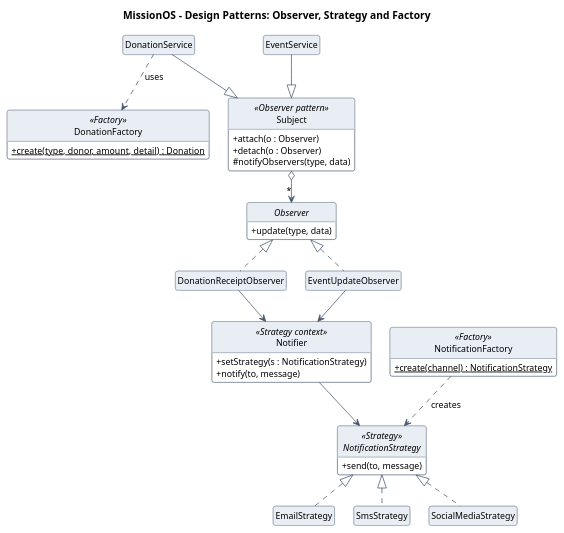
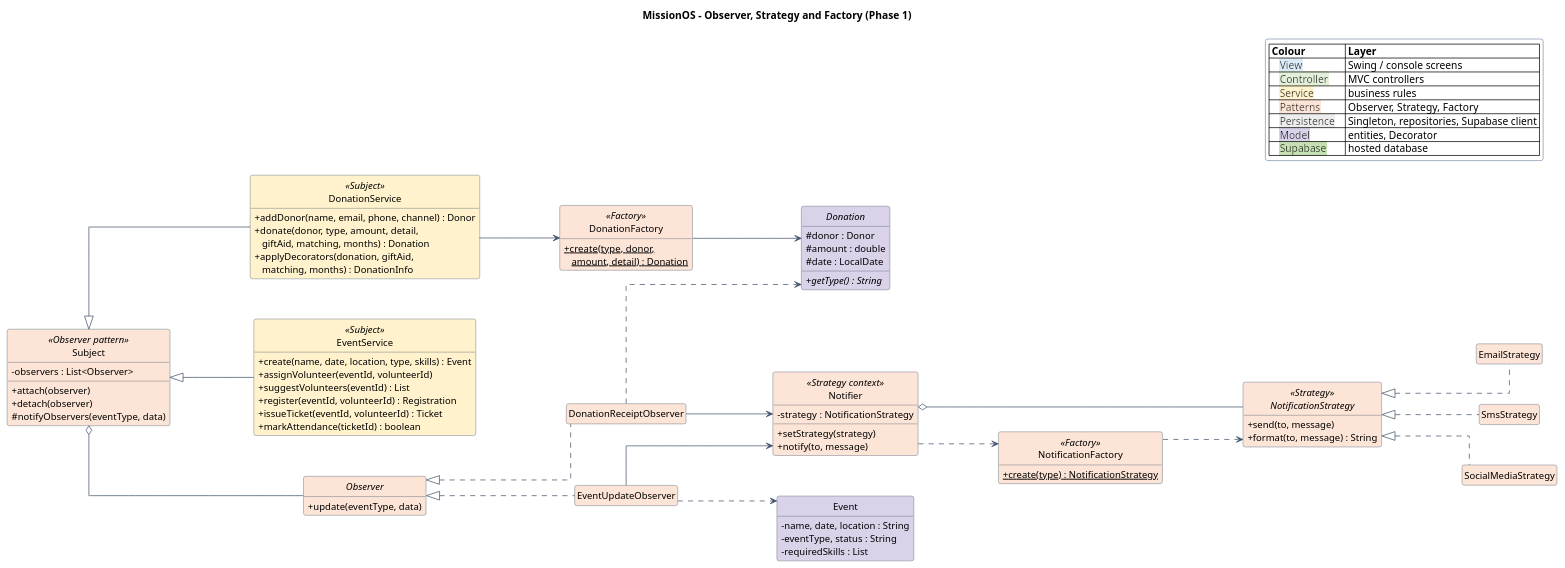
The diagram in docs/diagrams/class-diagram-patterns.puml (Zeyad88Gowaily/Design-Patterns-Project), drawn with PlantUML before and after one commit. The commit also changed 12 other files, not shown here.

Commit message:
Match sub diagrams to the full diagram, update SRS, remove extra markdown files

```diff
--- a/docs/diagrams/class-diagram-patterns.puml
+++ b/docs/diagrams/class-diagram-patterns.puml
@@ -1,63 +1,101 @@
 @startuml
-title MissionOS - Design Patterns: Observer, Strategy and Factory
+title MissionOS - Observer, Strategy and Factory (Phase 1)
 skinparam shadowing false
 skinparam defaultFontName Calibri
-skinparam defaultFontSize 12
+skinparam defaultFontSize 13
 skinparam classAttributeIconSize 0
 skinparam roundCorner 6
-skinparam nodesep 26
-skinparam ranksep 42
-skinparam packageStyle rectangle
+skinparam nodesep 55
+skinparam ranksep 110
+skinparam linetype ortho
 skinparam ArrowColor #44546A
 skinparam ClassBorderColor #44546A
-skinparam ClassBackgroundColor #FFFFFF
-skinparam ClassHeaderBackgroundColor #E9EEF5
-skinparam PackageBorderColor #8497B0
-skinparam PackageBackgroundColor #FAFBFD
-skinparam PackageFontStyle bold
-skinparam LegendBackgroundColor #FFF8E1
-skinparam LegendBorderColor #BF9000
+skinparam LegendBackgroundColor #FFFFFF
+skinparam LegendBorderColor #8497B0
 hide circle
 hide empty members
-class DonationService
-class EventService
-class DonationFactory <<Factory>> {
-  + {static} create(type, donor, amount, detail) : Donation
+left to right direction
+
+legend top right
+  |= Colour |= Layer |
+  | <back:#DDEBF7>   View   </back> | Swing / console screens |
+  | <back:#E2F0D9>   Controller   </back> | MVC controllers |
+  | <back:#FFF2CC>   Service   </back> | business rules |
+  | <back:#FCE4D6>   Patterns   </back> | Observer, Strategy, Factory |
+  | <back:#EDEDED>   Persistence   </back> | Singleton, repositories, Supabase client |
+  | <back:#D9D2E9>   Model   </back> | entities, Decorator |
+  | <back:#C6E0B4>   Supabase   </back> | hosted database |
+endlegend
+
+class DonationService <<Subject>> #FFF2CC {
+  + addDonor(name, email, phone, channel) : Donor
+  + donate(donor, type, amount, detail,\n   giftAid, matching, months) : Donation
+  + applyDecorators(donation, giftAid,\n   matching, months) : DonationInfo
 }
-class Subject <<Observer pattern>> {
-  + attach(o : Observer)
-  + detach(o : Observer)
-  # notifyObservers(type, data)
+class EventService <<Subject>> #FFF2CC {
+  + create(name, date, location, type, skills) : Event
+  + assignVolunteer(eventId, volunteerId)
+  + suggestVolunteers(eventId) : List
+  + register(eventId, volunteerId) : Registration
+  + issueTicket(eventId, volunteerId) : Ticket
+  + markAttendance(ticketId) : boolean
 }
-interface Observer {
-  + update(type, data)
+class DonationFactory <<Factory>> #FCE4D6 {
+  + {static} create(type, donor,\n   amount, detail) : Donation
 }
-class DonationReceiptObserver
-class EventUpdateObserver
-class Notifier <<Strategy context>> {
-  + setStrategy(s : NotificationStrategy)
+class Subject <<Observer pattern>> #FCE4D6 {
+  - observers : List<Observer>
+  + attach(observer)
+  + detach(observer)
+  # notifyObservers(eventType, data)
+}
+interface Observer #FCE4D6 {
+  + update(eventType, data)
+}
+class DonationReceiptObserver #FCE4D6
+class EventUpdateObserver #FCE4D6
+class Notifier <<Strategy context>> #FCE4D6 {
+  - strategy : NotificationStrategy
+  + setStrategy(strategy)
   + notify(to, message)
 }
-interface NotificationStrategy <<Strategy>> {
+interface NotificationStrategy <<Strategy>> #FCE4D6 {
   + send(to, message)
+  + format(to, message) : String
 }
-class EmailStrategy
-class SmsStrategy
-class SocialMediaStrategy
-class NotificationFactory <<Factory>> {
-  + {static} create(channel) : NotificationStrategy
+class EmailStrategy #FCE4D6
+class SmsStrategy #FCE4D6
+class SocialMediaStrategy #FCE4D6
+class NotificationFactory <<Factory>> #FCE4D6 {
+  + {static} create(type) : NotificationStrategy
 }
-DonationService --|> Subject
-EventService --|> Subject
-DonationService ..> DonationFactory : uses
-Subject o--> "*" Observer
+abstract class Donation #D9D2E9 {
+  # donor : Donor
+  # amount : double
+  # date : LocalDate
+  + {abstract} getType() : String
+}
+class Event #D9D2E9 {
+  - name, date, location : String
+  - eventType, status : String
+  - requiredSkills : List
+}
+
+DonationService --> DonationFactory
+DonationFactory --> Donation
+Subject <|-- DonationService
+Subject <|-- EventService
+Subject o-- Observer
 Observer <|.. DonationReceiptObserver
 Observer <|.. EventUpdateObserver
 DonationReceiptObserver --> Notifier
 EventUpdateObserver --> Notifier
-Notifier --> NotificationStrategy
+DonationReceiptObserver ..> Donation
+EventUpdateObserver ..> Event
+Notifier o-- NotificationStrategy
 NotificationStrategy <|.. EmailStrategy
 NotificationStrategy <|.. SmsStrategy
 NotificationStrategy <|.. SocialMediaStrategy
-NotificationFactory ..> NotificationStrategy : creates
+NotificationFactory ..> NotificationStrategy
+Notifier ..> NotificationFactory
 @enduml
```
